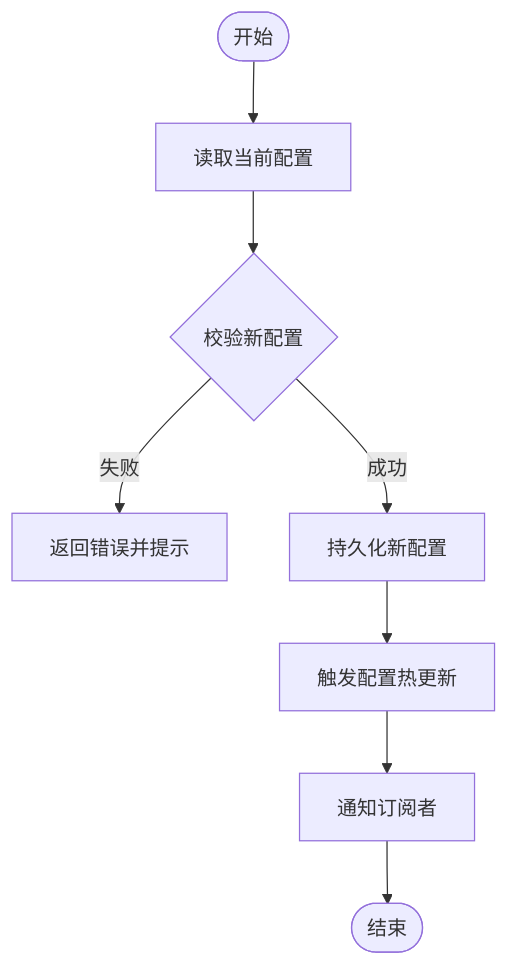
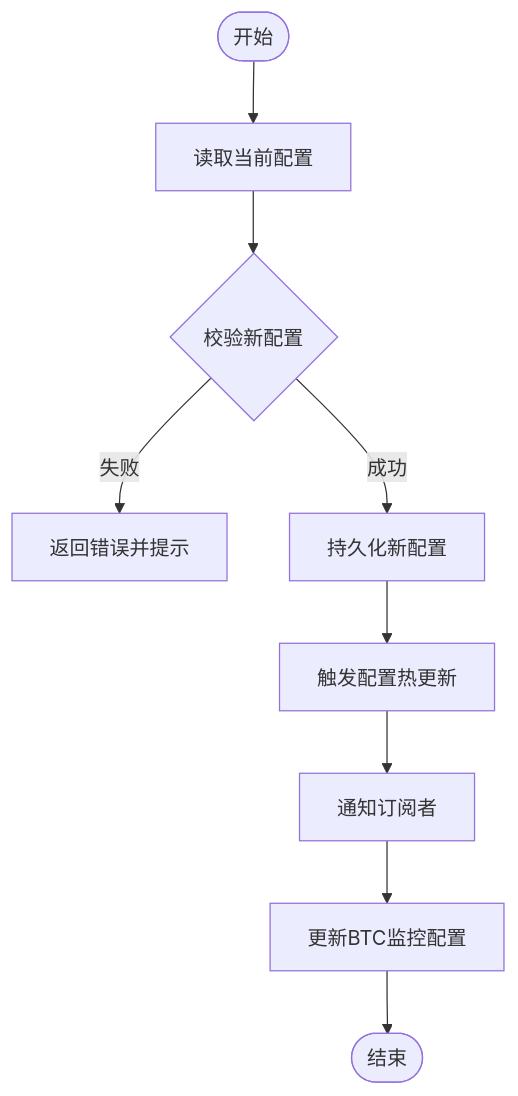
One commit to anYaoooo/daily_stock_analysis changed the fifth of 5 diagrams in .qoder/repowiki/zh/content/配置管理.md. Above: the diagram before and after it, drawn with Mermaid. The commit also changed other lines of this file and 148 other files, not shown here.

````diff
--- a/.qoder/repowiki/zh/content/配置管理.md
+++ b/.qoder/repowiki/zh/content/配置管理.md
@@ -433,10 +557,11 @@
 ```mermaid
 flowchart TD
 Start(["开始"]) --> Read["读取当前配置"]
 Read --> Validate{"校验新配置"}
 Validate --> |失败| Error["返回错误并提示"]
 Validate --> |成功| Persist["持久化新配置"]
 Persist --> Reload["触发配置热更新"]
 Reload --> Notify["通知订阅者"]
-Notify --> End(["结束"])
+Notify --> UpdateBVM["更新BTC监控配置"]
+UpdateBVM --> End(["结束"])
 ```
````
